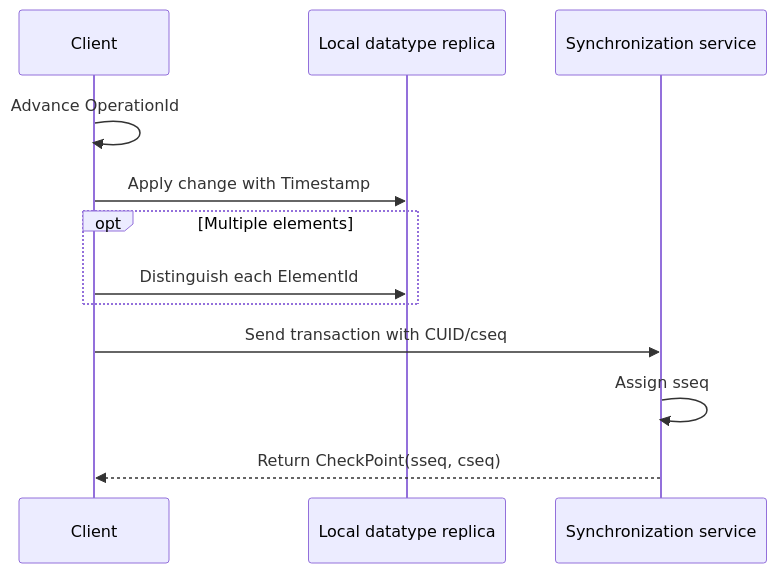
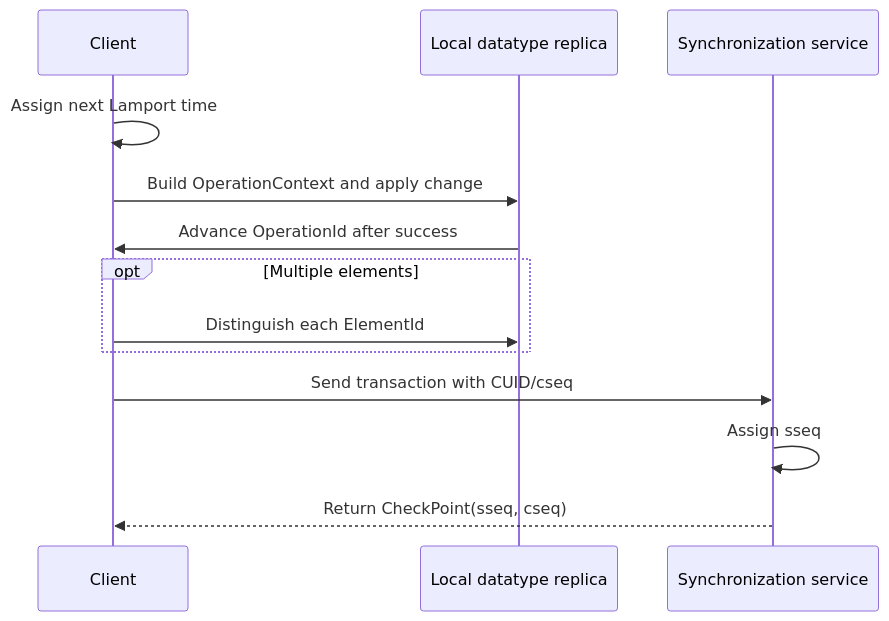
Before and after one commit to qortoo/qortoo-rs: the second of 2 diagrams in docs/core-types.md, drawn with Mermaid. The commit also changed other lines of this file and 44 other files, not shown here.

````diff
--- a/docs/core-types.md
+++ b/docs/core-types.md
@@ -181,15 +195,16 @@
 ```mermaid
 sequenceDiagram
     participant C as Client
     participant D as Local datatype replica
     participant S as Synchronization service
 
-    C->>C: Advance OperationId
-    C->>D: Apply change with Timestamp
+    C->>C: Assign next Lamport time
+    C->>D: Build OperationContext and apply change
+    D->>C: Advance OperationId after success
     opt Multiple elements
         C->>D: Distinguish each ElementId
     end
     C->>S: Send transaction with CUID/cseq
     S->>S: Assign sseq
     S-->>C: Return CheckPoint(sseq, cseq)
 ```
````
